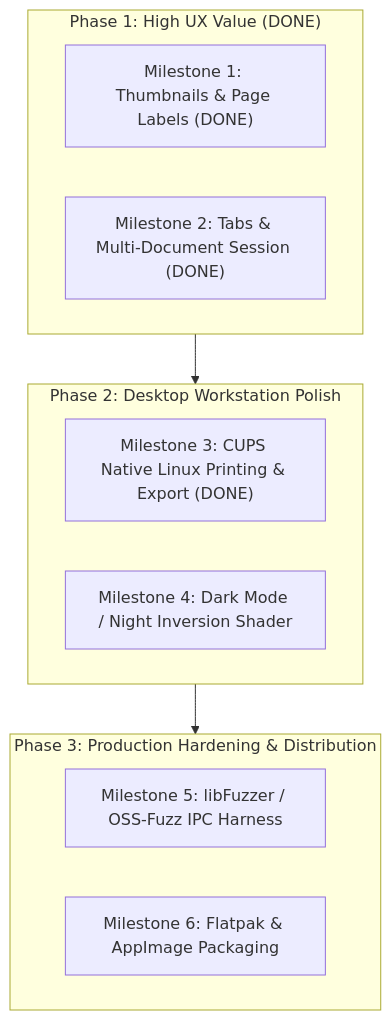
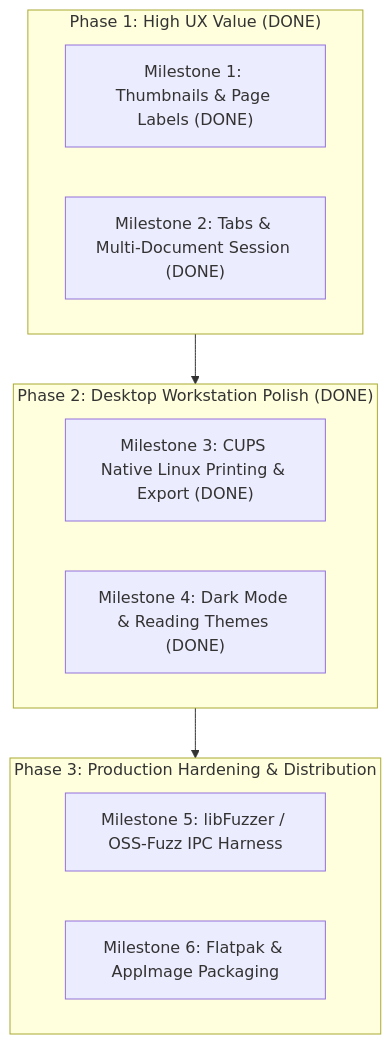
One commit to greenware63/PDF_Reader_for_Linux changed the second of 2 diagrams in project_status_report.md. Above: the diagram before and after it, drawn with Mermaid. The commit also changed other lines of this file and 9 other files, not shown here.

Commit message:
feat(viewer): implement Milestone 4 reading color modes (Normal, Invert, Sepia, HighContrast)

````diff
--- a/project_status_report.md
+++ b/project_status_report.md
@@ -102,19 +103,19 @@
 ```mermaid
 flowchart TD
     subgraph Phase1 ["Phase 1: High UX Value (DONE)"]
         T1["Milestone 1: Thumbnails & Page Labels (DONE)"]
         T2["Milestone 2: Tabs & Multi-Document Session (DONE)"]
     end
 
-    subgraph Phase2 ["Phase 2: Desktop Workstation Polish"]
+    subgraph Phase2 ["Phase 2: Desktop Workstation Polish (DONE)"]
         T3["Milestone 3: CUPS Native Linux Printing & Export (DONE)"]
-        T4["Milestone 4: Dark Mode / Night Inversion Shader"]
+        T4["Milestone 4: Dark Mode & Reading Themes (DONE)"]
     end
 
     subgraph Phase3 ["Phase 3: Production Hardening & Distribution"]
         T5["Milestone 5: libFuzzer / OSS-Fuzz IPC Harness"]
         T6["Milestone 6: Flatpak & AppImage Packaging"]
     end
 
     Phase1 --> Phase2 --> Phase3
 ```
````
